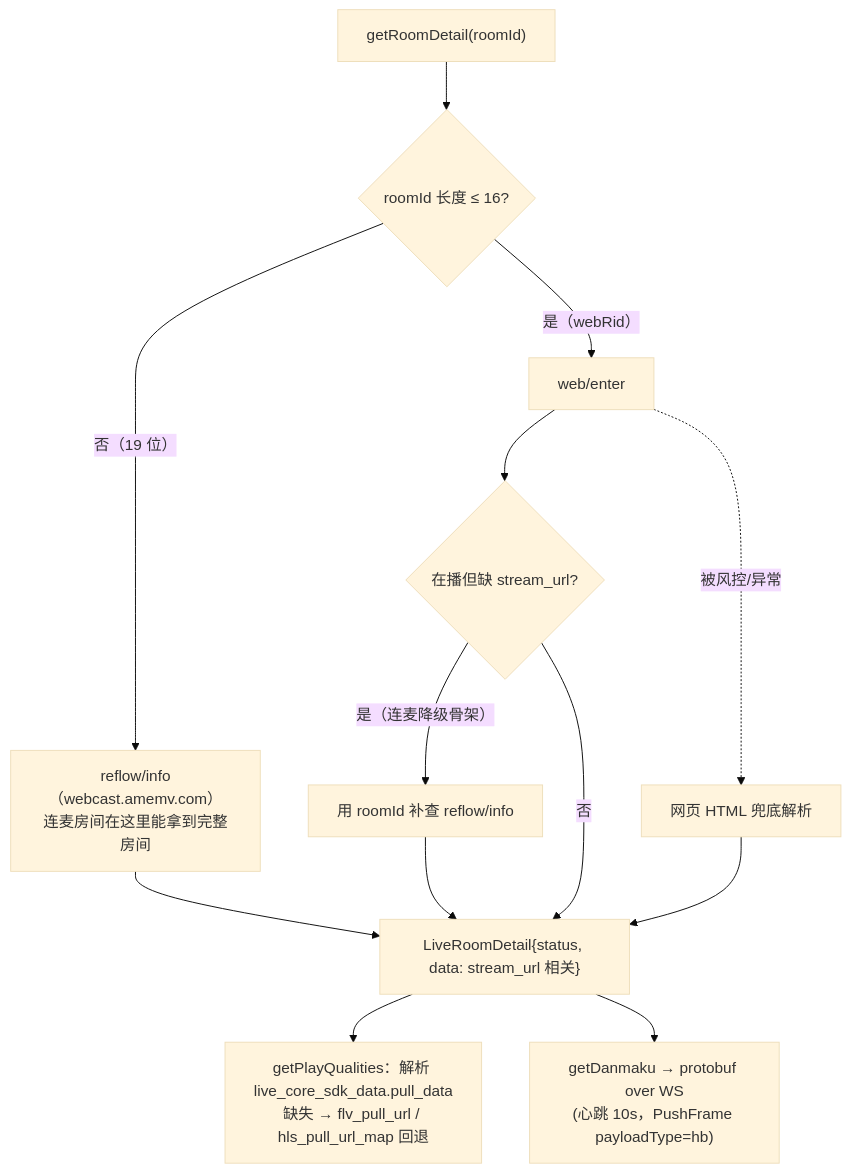
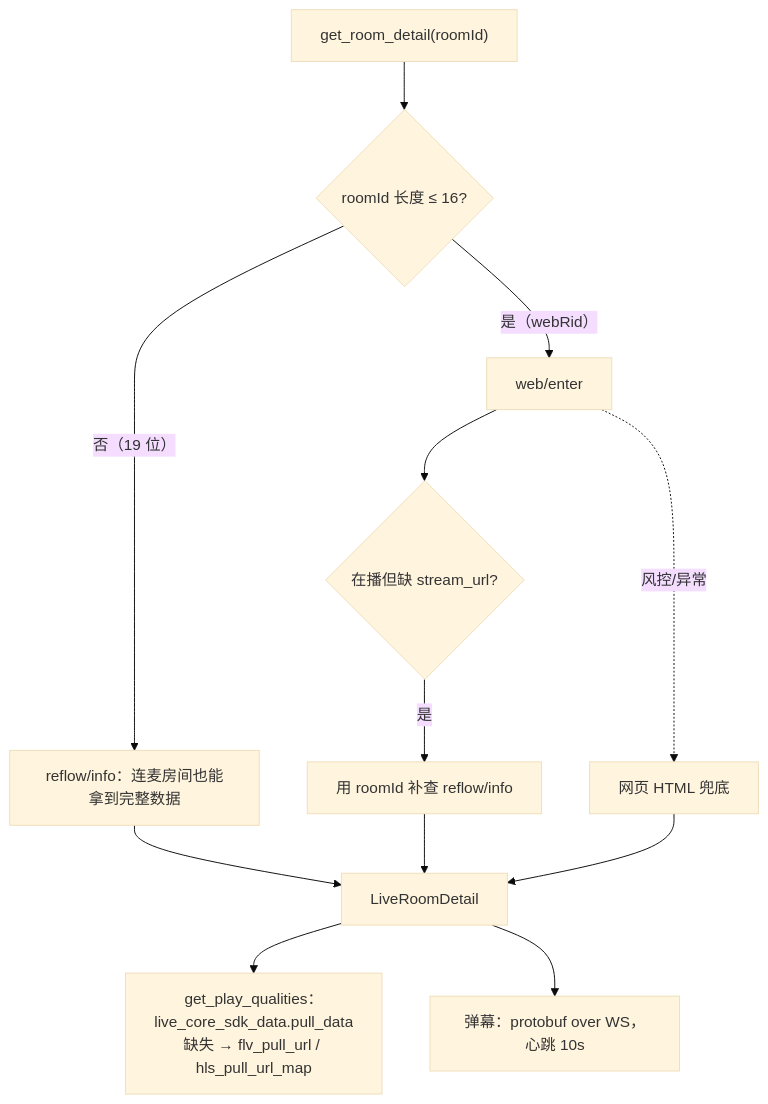
Before and after one commit to gaoxing64/dart_simple_live: the tenth of 12 diagrams in simple_live_core/doc/workflow-diagram.md, drawn with Mermaid (base theme). The commit also changed other lines of this file and 8 other files, not shown here.

````diff
--- a/simple_live_core/doc/workflow-diagram.md
+++ b/simple_live_core/doc/workflow-diagram.md
@@ -246,15 +245,14 @@
 ```mermaid
 flowchart TD
-    A["getRoomDetail(roomId)"] --> B{"roomId 长度 ≤ 16?"}
-    B -- "否（19 位）" --> C["reflow/info（webcast.amemv.com）\n连麦房间在这里能拿到完整房间"]
+    A["get_room_detail(roomId)"] --> B{"roomId 长度 ≤ 16?"}
+    B -- "否（19 位）" --> C["reflow/info：连麦房间也能拿到完整数据"]
     B -- "是（webRid）" --> D["web/enter"]
     D --> E{"在播但缺 stream_url?"}
-    E -- "是（连麦降级骨架）" --> F["用 roomId 补查 reflow/info"]
-    E -- "否" --> G
-    D -.->|"被风控/异常"| H["网页 HTML 兜底解析"]
-    F --> G["LiveRoomDetail{status, data: stream_url 相关}"]
+    E -- "是" --> F["用 roomId 补查 reflow/info"]
+    D -.->|"风控/异常"| H["网页 HTML 兜底"]
+    F --> G["LiveRoomDetail"]
     C --> G
     H --> G
-    G --> I["getPlayQualities：解析 live_core_sdk_data.pull_data\n缺失 → flv_pull_url / hls_pull_url_map 回退"]
-    G --> J["getDanmaku → protobuf over WS\n(心跳 10s，PushFrame payloadType=hb)"]
+    G --> I["get_play_qualities：live_core_sdk_data.pull_data\n缺失 → flv_pull_url / hls_pull_url_map"]
+    G --> J["弹幕：protobuf over WS，心跳 10s"]
 ```
````
